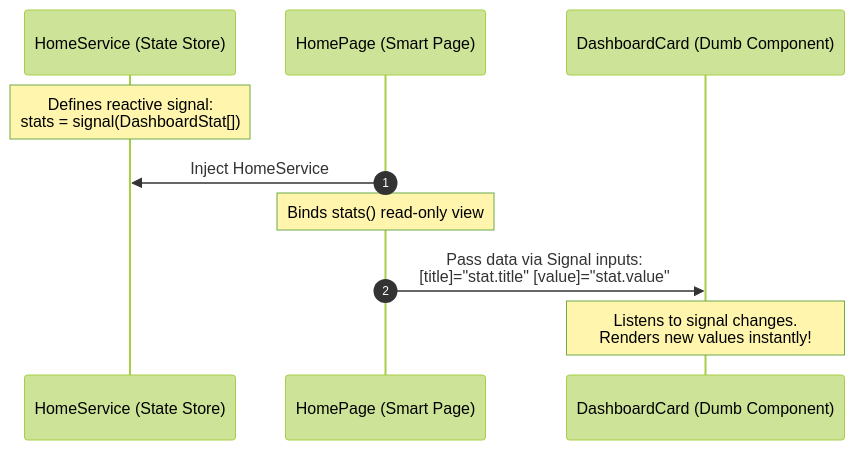
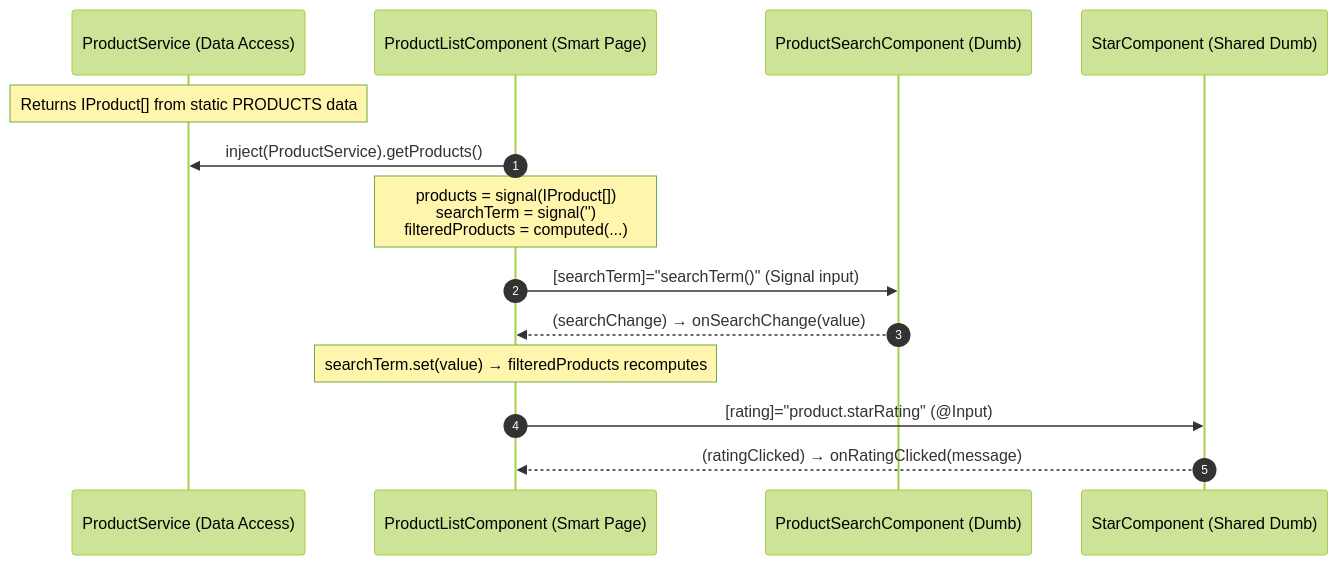
Before and after one commit to sigmakumarwadbude/angular20-apm-modern-learning: the third of 5 diagrams in docs/architecture/current-architecture.md, drawn with Mermaid (forest theme). The commit also changed other lines of this file, not shown here.

Commit message:
docs: add architecture design documentation for Angular 20 application

````diff
--- a/docs/architecture/current-architecture.md
+++ b/docs/architecture/current-architecture.md
@@ -62,13 +113,17 @@
 ```mermaid
 sequenceDiagram
     autonumber
-    participant Service as HomeService (State Store)
-    participant Page as HomePage (Smart Page)
-    participant Component as DashboardCard (Dumb Component)
-    
-    Note over Service: Defines reactive signal:<br/>stats = signal(DashboardStat[])
-    Page->>Service: Inject HomeService
-    Note over Page: Binds stats() read-only view
-    Page->>Component: Pass data via Signal inputs:<br/>[title]="stat.title" [value]="stat.value"
-    Note over Component: Listens to signal changes.<br/>Renders new values instantly!
+    participant Service as ProductService (Data Access)
+    participant List as ProductListComponent (Smart Page)
+    participant Search as ProductSearchComponent (Dumb)
+    participant Star as StarComponent (Shared Dumb)
+
+    Note over Service: Returns IProduct[] from static PRODUCTS data
+    List->>Service: inject(ProductService).getProducts()
+    Note over List: products = signal(IProduct[])<br/>searchTerm = signal('')<br/>filteredProducts = computed(...)
+    List->>Search: [searchTerm]="searchTerm()" (Signal input)
+    Search-->>List: (searchChange) → onSearchChange(value)
+    Note over List: searchTerm.set(value) → filteredProducts recomputes
+    List->>Star: [rating]="product.starRating" (@Input)
+    Star-->>List: (ratingClicked) → onRatingClicked(message)
 ```
````
